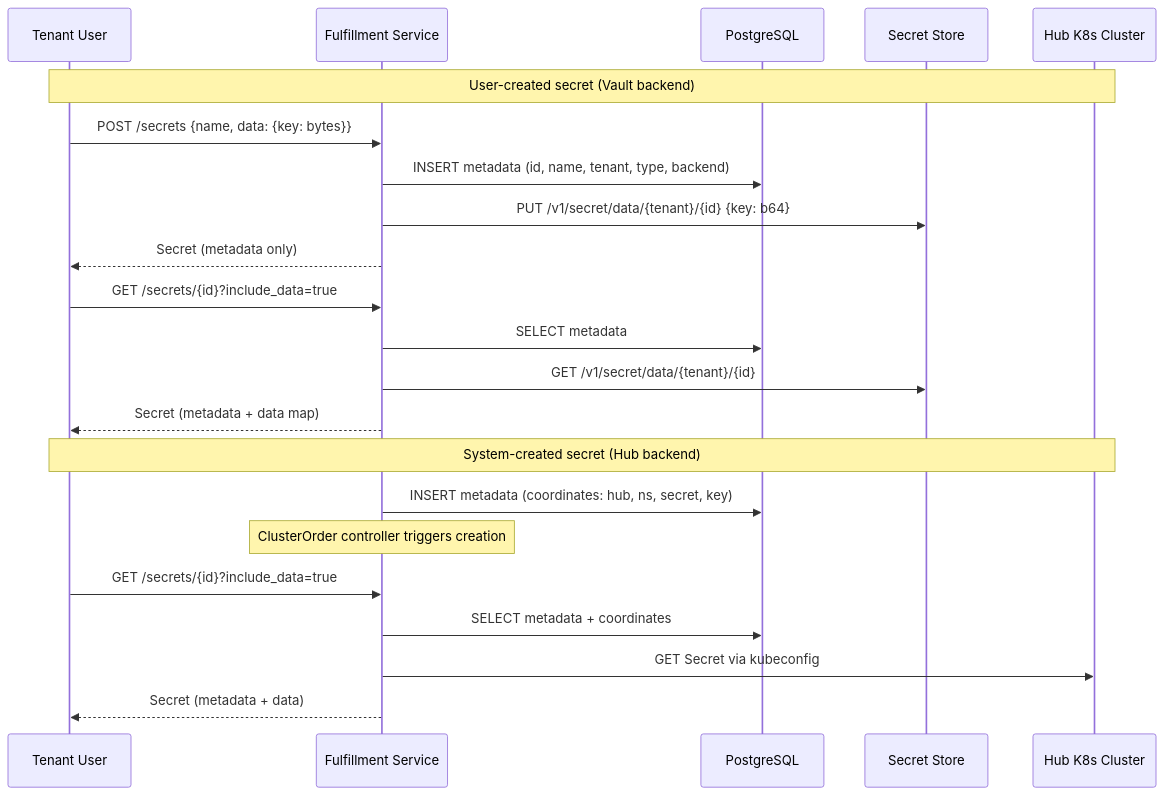
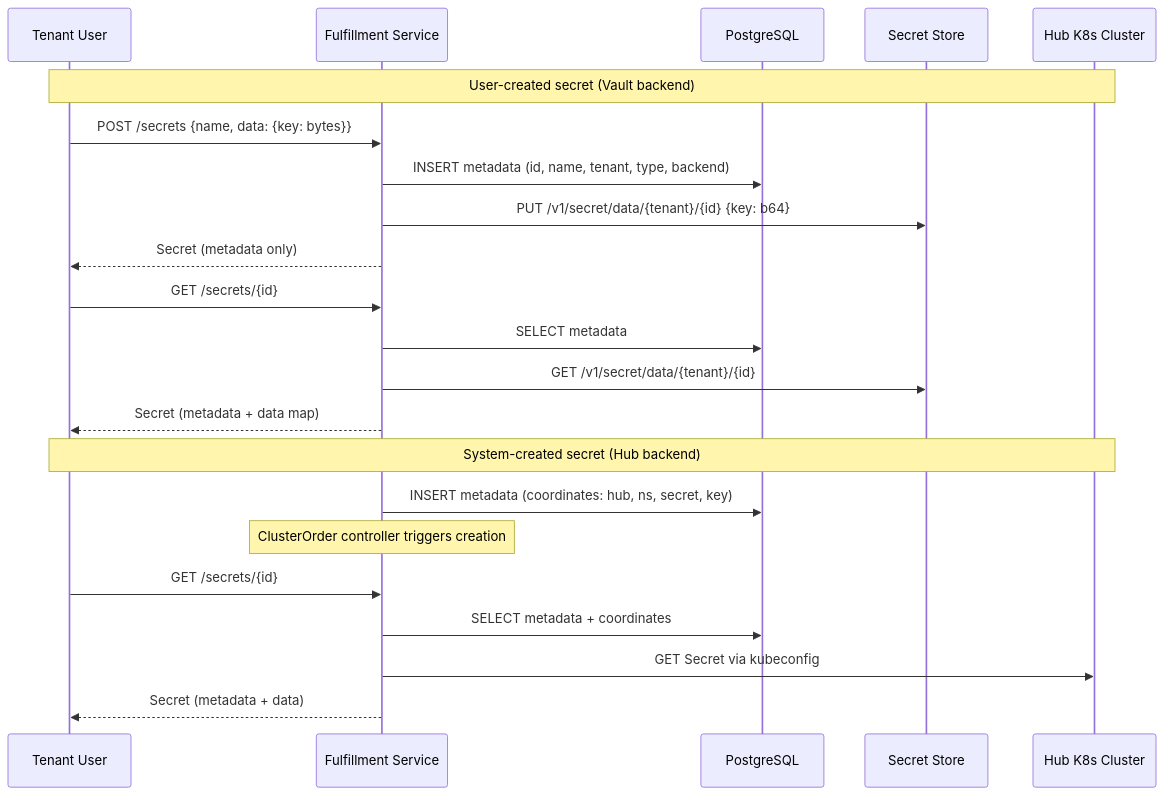
Before and after one commit to osac-project/enhancement-proposals: the first of 2 diagrams in enhancements/secret-management/design.md, drawn with Mermaid. The commit also changed other lines of this file, not shown here.

Commit message:
OSAC-1567: Remove include-data field refs and clarify cli behavior when fetching secret data

````diff
--- a/enhancements/secret-management/design.md
+++ b/enhancements/secret-management/design.md
@@ -152,28 +152,28 @@
 ```mermaid
 sequenceDiagram
     participant User as Tenant User
     participant API as Fulfillment Service
     participant DB as PostgreSQL
     participant VS as Secret Store
     participant Hub as Hub K8s Cluster
 
     Note over User,Hub: User-created secret (Vault backend)
     User->>API: POST /secrets {name, data: {key: bytes}}
     API->>DB: INSERT metadata (id, name, tenant, type, backend)
     API->>VS: PUT /v1/secret/data/{tenant}/{id} {key: b64}
     API-->>User: Secret (metadata only)
 
-    User->>API: GET /secrets/{id}?include_data=true
+    User->>API: GET /secrets/{id}
     API->>DB: SELECT metadata
     API->>VS: GET /v1/secret/data/{tenant}/{id}
     API-->>User: Secret (metadata + data map)
 
     Note over User,Hub: System-created secret (Hub backend)
     API->>DB: INSERT metadata (coordinates: hub, ns, secret, key)
     Note over API: ClusterOrder controller triggers creation
 
-    User->>API: GET /secrets/{id}?include_data=true
+    User->>API: GET /secrets/{id}
     API->>DB: SELECT metadata + coordinates
     API->>Hub: GET Secret via kubeconfig
     API-->>User: Secret (metadata + data)
 ```
````
